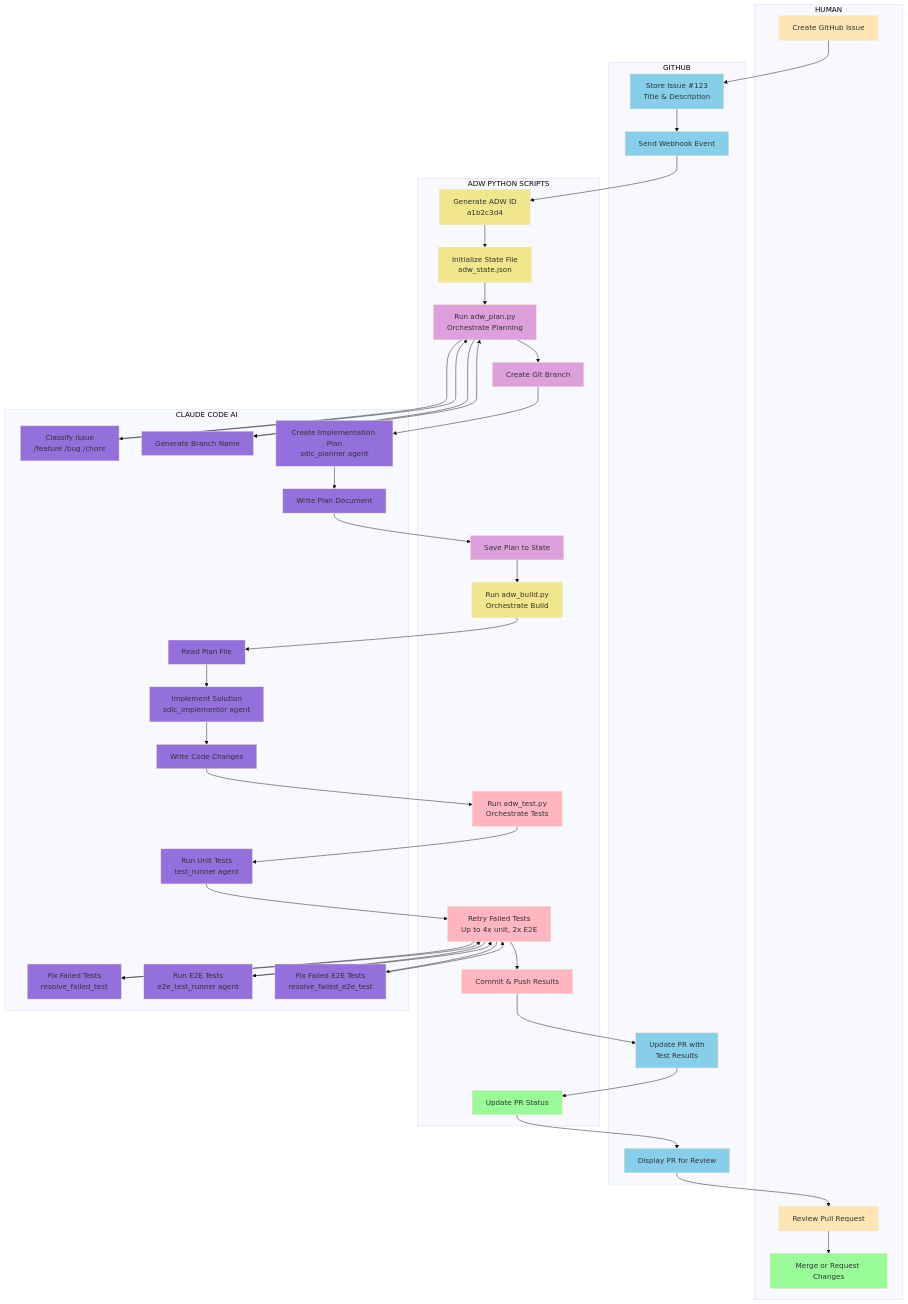
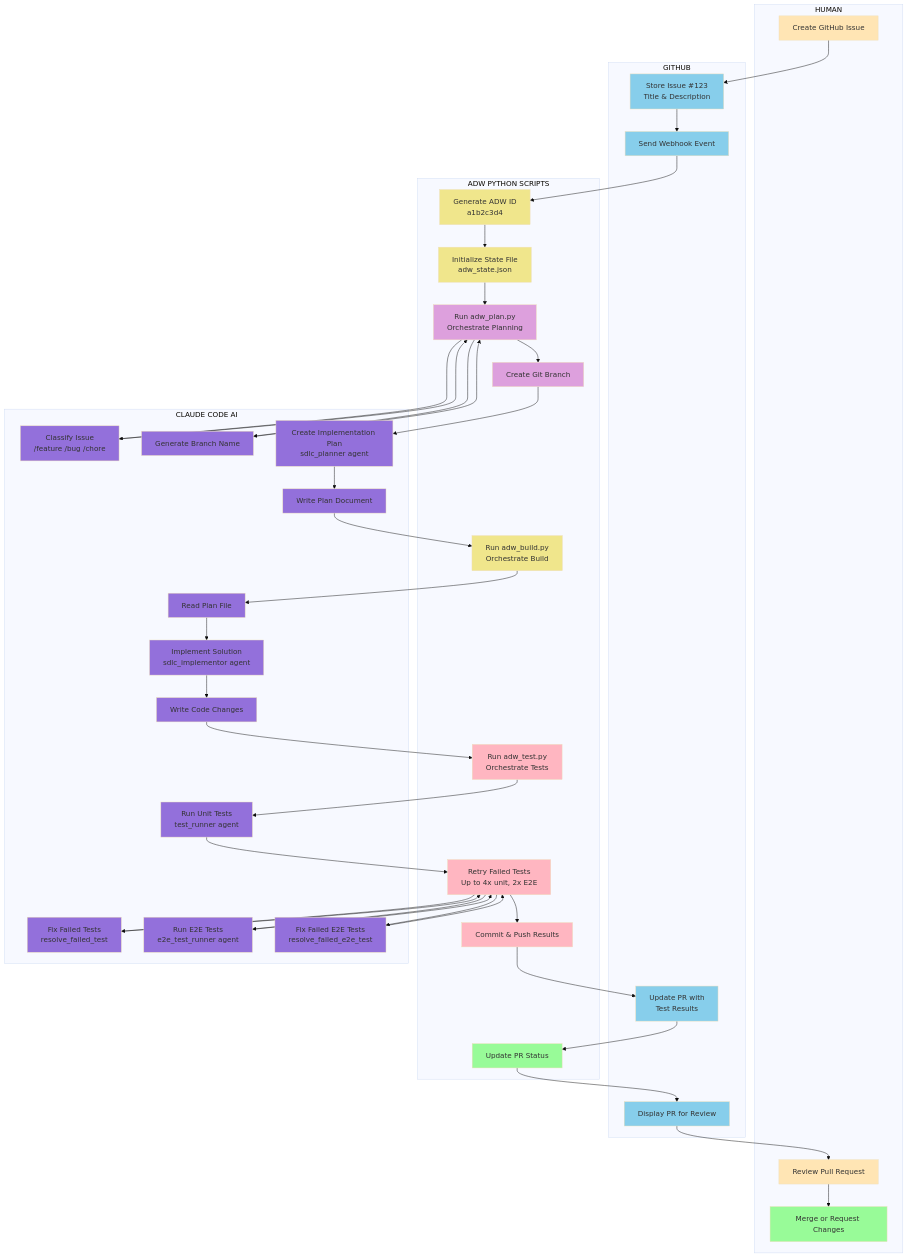
The first of 4 diagrams in adws/ADW_SIMPLE_FLOWCHART.md (srirama7/tac-6), drawn with Mermaid before and after one commit. The commit also changed 1 other file, not shown here.

Commit message:
docs: remove save plan to state box from flowcharts
- Remove 'Save Plan to State' box (P5/A5) from both flowcharts
- Update connections to flow directly from Write Plan to Commit Plan
- Remove styling references for removed box

This simplifies the planning phase by making state persistence
implicit within the adw_plan.py orchestration process.

🤖 Generated with [Claude Code](https://claude.com/claude-code)

```diff
--- a/adws/ADW_SIMPLE_FLOWCHART.md
+++ b/adws/ADW_SIMPLE_FLOWCHART.md
@@ -28,7 +28,6 @@
         A2[Initialize State File<br/>adw_state.json]
         A3[Run adw_plan.py<br/>Orchestrate Planning]
         A4[Create Git Branch]
-        A5[Save Plan to State]
         A7[Run adw_build.py<br/>Orchestrate Build]
         A10[Run adw_test.py<br/>Orchestrate Tests]
         A12[Retry Failed Tests<br/>Up to 4x unit, 2x E2E]
@@ -65,8 +64,7 @@
     A3 --> A4
     A4 --> C3
     C3 --> C4
-    C4 --> A5
-    A5 --> A7
+    C4 --> A7
 
     %% Phase 2: Building
     A7 --> C5
@@ -105,7 +103,6 @@
     style A2 fill:#F0E68C
     style A3 fill:#DDA0DD
     style A4 fill:#DDA0DD
-    style A5 fill:#DDA0DD
     style A7 fill:#F0E68C
     style A10 fill:#FFB6C1
     style A12 fill:#FFB6C1
```
